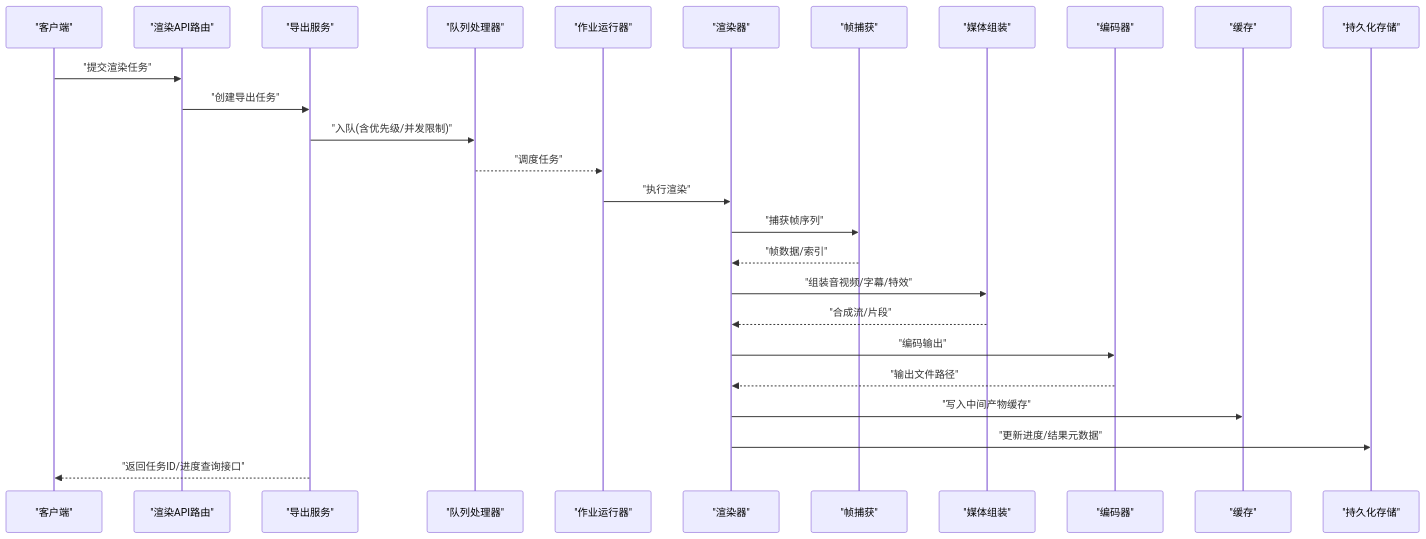
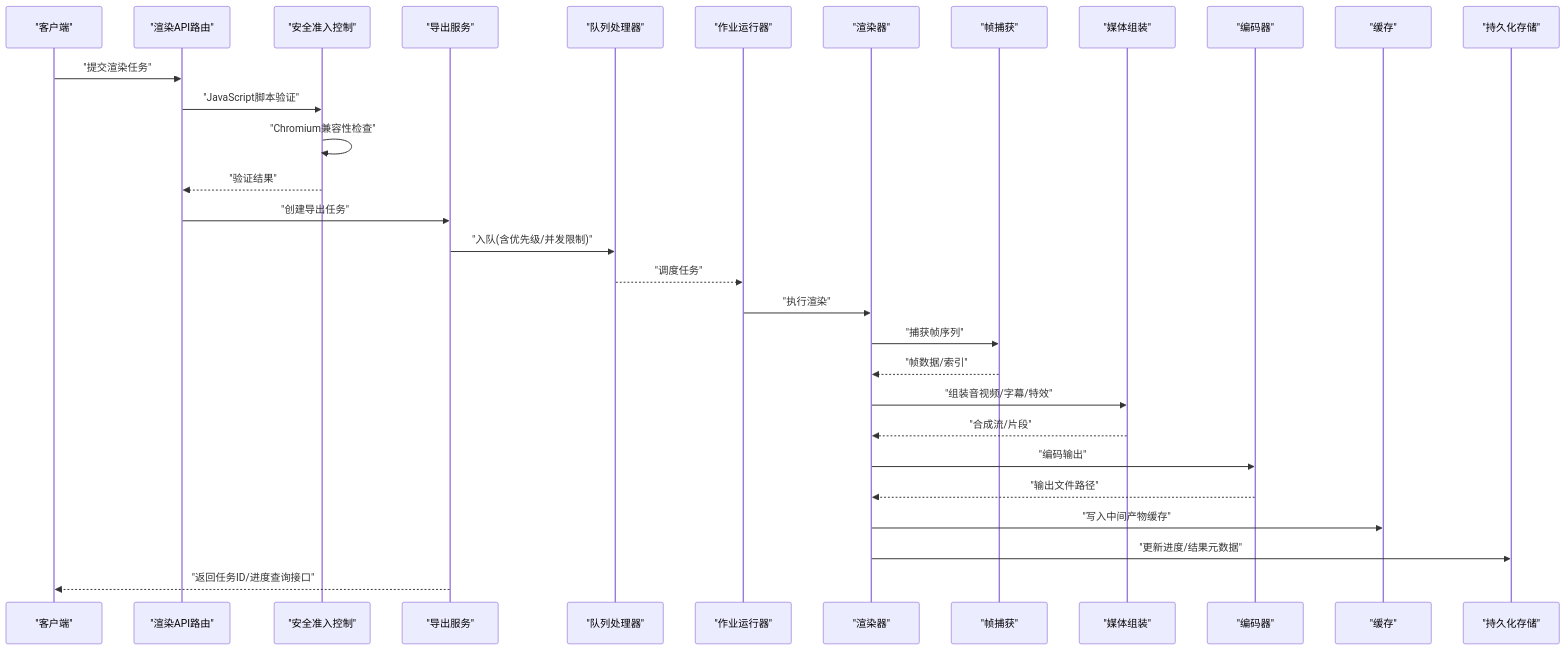
Before and after one commit to scottcwy/PurpleInk: the second of 4 diagrams in .qoder/repowiki/zh/content/渲染引擎/渲染流水线/渲染流水线.md, drawn with Mermaid. The commit also changed other lines of this file and 37 other files, not shown here.

````diff
--- a/.qoder/repowiki/zh/content/渲染引擎/渲染流水线/渲染流水线.md
+++ b/.qoder/repowiki/zh/content/渲染引擎/渲染流水线/渲染流水线.md
@@ -149,28 +162,32 @@
 ```mermaid
 sequenceDiagram
 participant Client as "客户端"
 participant API as "渲染API路由"
+participant Admission as "安全准入控制"
 participant ExportSvc as "导出服务"
 participant Queue as "队列处理器"
 participant Runner as "作业运行器"
 participant Renderer as "渲染器"
 participant FC as "帧捕获"
 participant MA as "媒体组装"
 participant ENC as "编码器"
 participant Cache as "缓存"
 participant Store as "持久化存储"
 Client->>API : "提交渲染任务"
+API->>Admission : "JavaScript脚本验证"
+Admission->>Admission : "Chromium兼容性检查"
+Admission-->>API : "验证结果"
 API->>ExportSvc : "创建导出任务"
 ExportSvc->>Queue : "入队(含优先级/并发限制)"
 Queue-->>Runner : "调度任务"
 Runner->>Renderer : "执行渲染"
 Renderer->>FC : "捕获帧序列"
 FC-->>Renderer : "帧数据/索引"
 Renderer->>MA : "组装音视频/字幕/特效"
 MA-->>Renderer : "合成流/片段"
 Renderer->>ENC : "编码输出"
 ENC-->>Renderer : "输出文件路径"
 Renderer->>Cache : "写入中间产物缓存"
 Renderer->>Store : "更新进度/结果元数据"
 ExportSvc-->>Client : "返回任务ID/进度查询接口"
 ```
````
